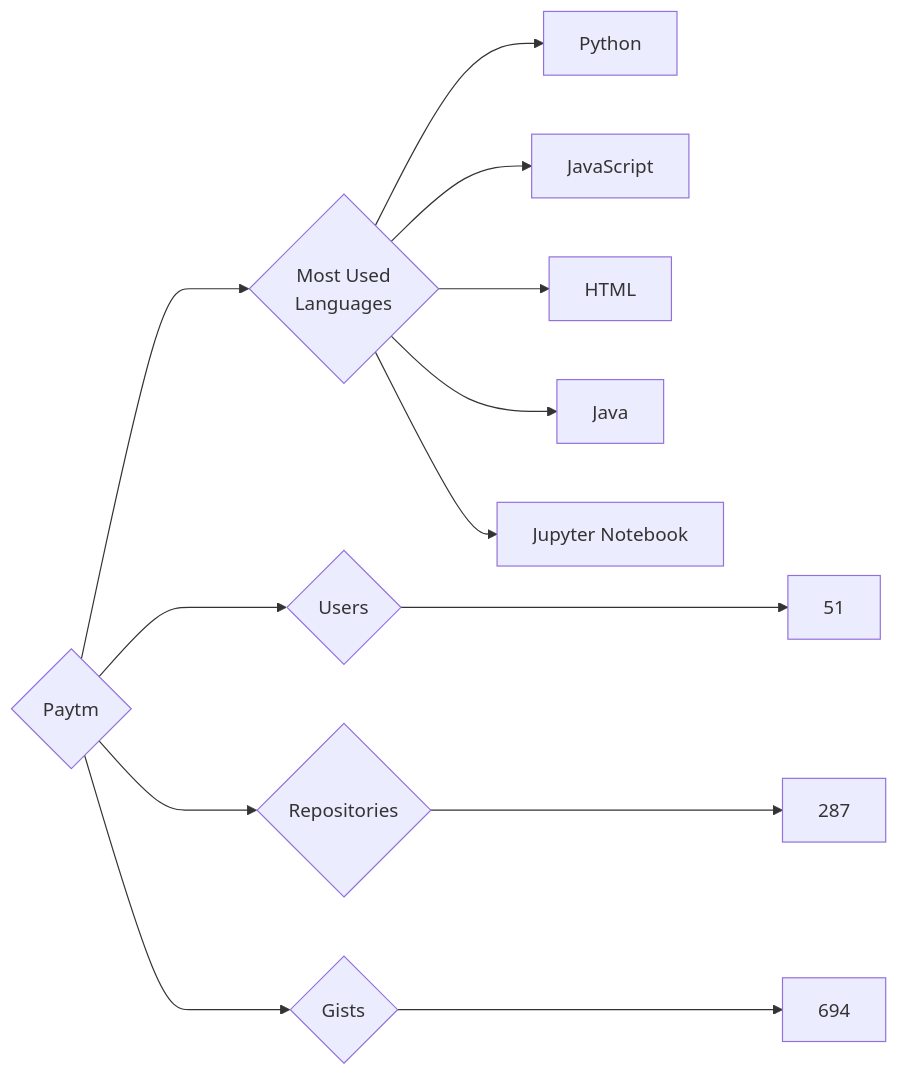
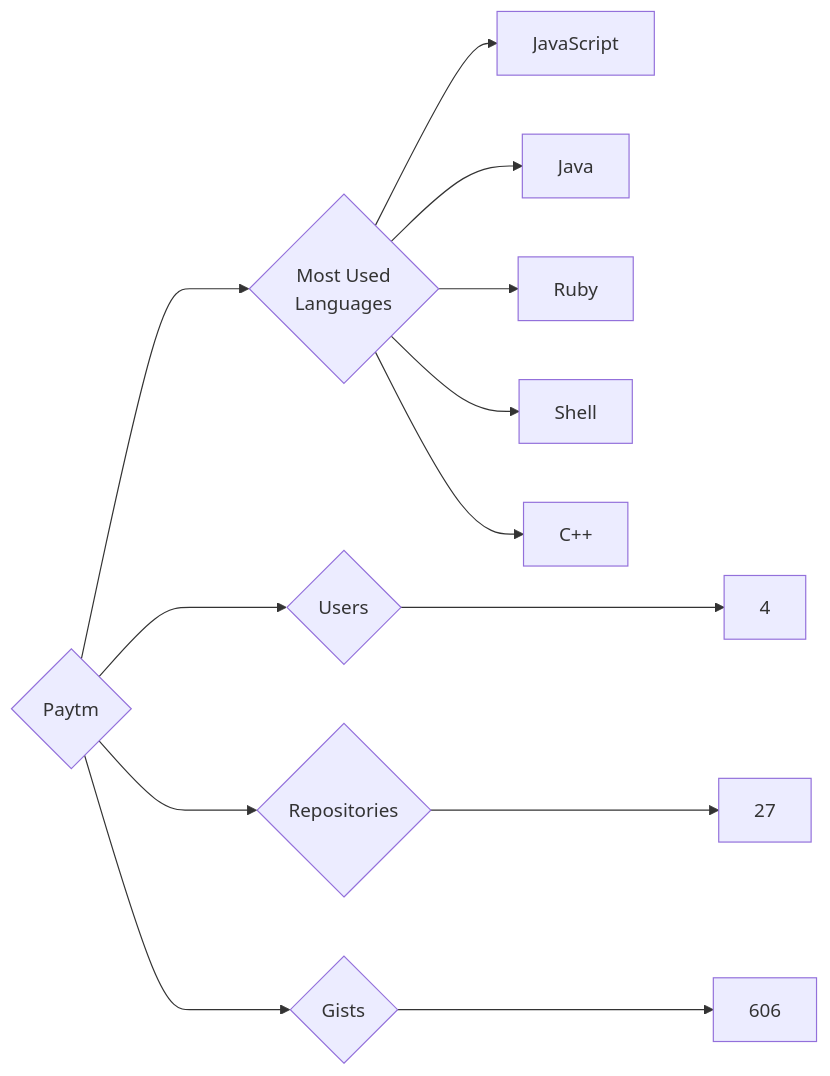
One commit to trickest/insiders changed the diagram in targets/Paytm/README.md. Above: the diagram before and after it, drawn with Mermaid. The commit also changed 794 other files, not shown here.

````diff
--- a/targets/Paytm/README.md
+++ b/targets/Paytm/README.md
@@ -3,13 +3,13 @@
 ```mermaid
 graph LR
 COMPANY_NAME{Paytm}
-COMPANY_NAME ---> U{Users} ---> UN[51]
-COMPANY_NAME ---> R{Repositories} ---> RN[287]
-COMPANY_NAME ---> G{Gists} ---> GN[694]
+COMPANY_NAME ---> U{Users} ---> UN[4]
+COMPANY_NAME ---> R{Repositories} ---> RN[27]
+COMPANY_NAME ---> G{Gists} ---> GN[606]
 COMPANY_NAME ---> ML{Most Used<br>Languages}
-ML --> Python[Python]
 ML --> JavaScript[JavaScript]
-ML --> HTML[HTML]
 ML --> Java[Java]
-ML --> Jupyter_Notebook[Jupyter Notebook]
+ML --> Ruby[Ruby]
+ML --> Shell[Shell]
+ML --> C++[C++]
 ```
````
